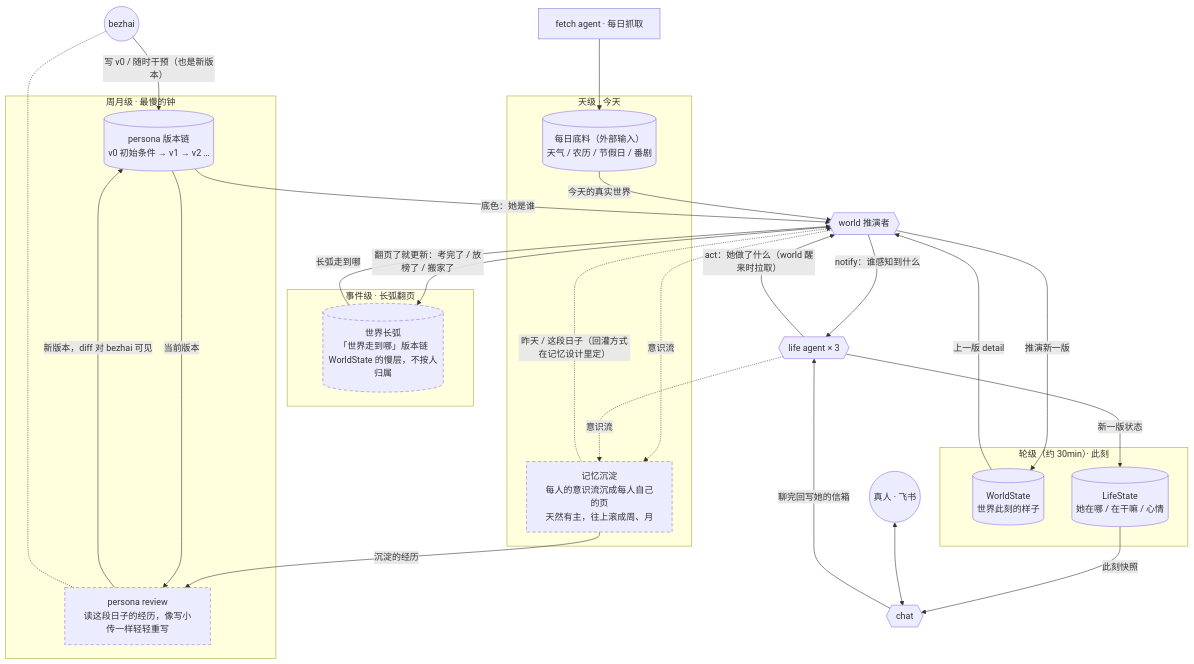
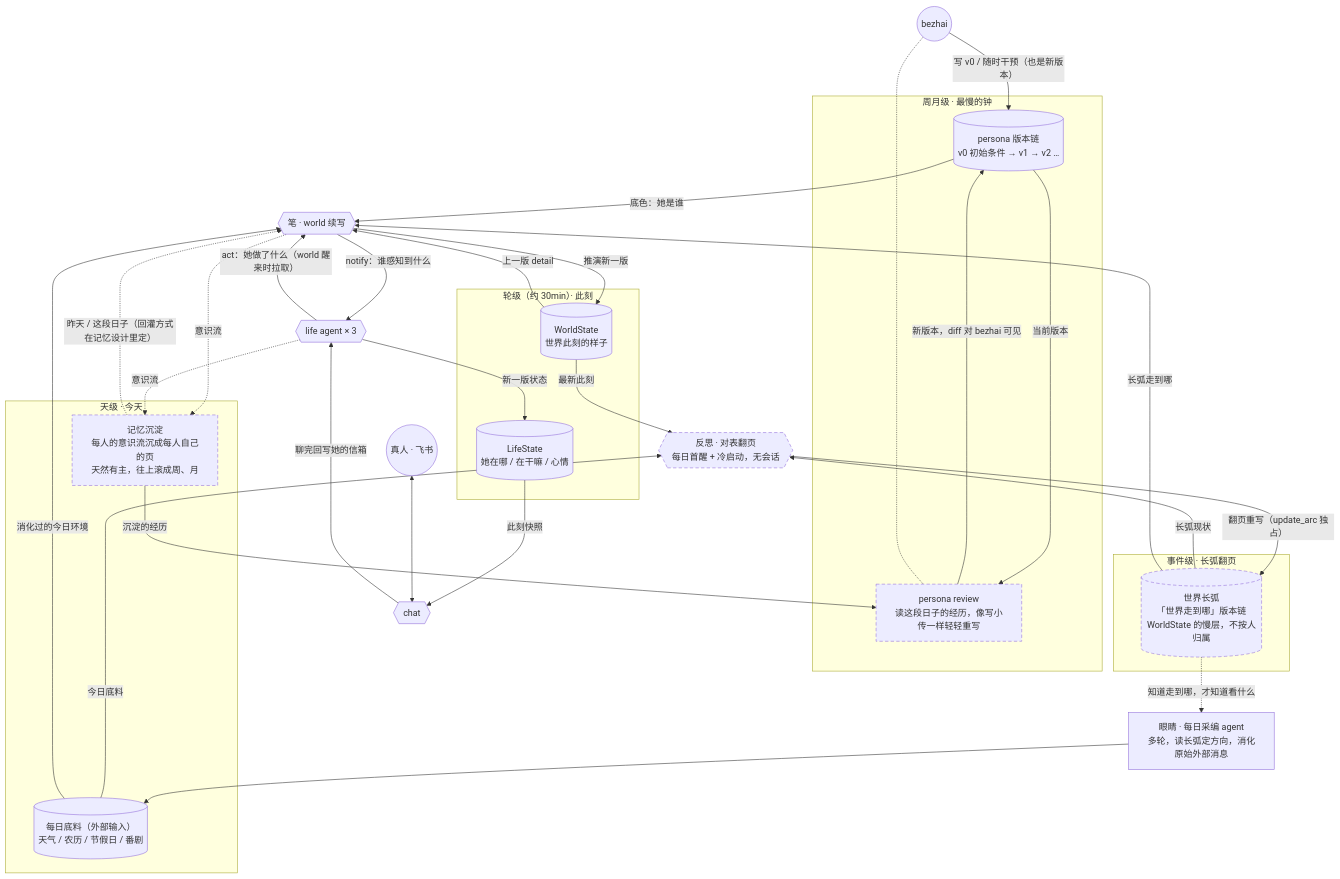
Before and after one commit to bezhai/chiwei-platform: the diagram in docs/plan/chiwei-living-world-design.md, drawn with Mermaid. The commit also changed other lines of this file and 8 other files, not shown here.

````diff
--- a/docs/plan/chiwei-living-world-design.md
+++ b/docs/plan/chiwei-living-world-design.md
@@ -51,59 +63,65 @@
 ```mermaid
 flowchart TB
     bezhai((bezhai))
     user((真人 · 飞书))
 
     subgraph slow ["周月级 · 最慢的钟"]
         persona[("persona 版本链<br/>v0 初始条件 → v1 → v2 …")]
         review["persona review<br/>读这段日子的经历，像写小传一样轻轻重写"]
     end
 
     subgraph event ["事件级 · 长弧翻页"]
         chapter[("世界长弧<br/>「世界走到哪」版本链<br/>WorldState 的慢层，不按人归属")]
     end
 
     subgraph daily ["天级 · 今天"]
         materials[("每日底料（外部输入）<br/>天气 / 农历 / 节假日 / 番剧")]
         sediment["记忆沉淀<br/>每人的意识流沉成每人自己的页<br/>天然有主，往上滚成周、月"]
     end
 
     subgraph moment ["轮级（约 30min）· 此刻"]
         worldstate[("WorldState<br/>世界此刻的样子")]
         lifestate[("LifeState<br/>她在哪 / 在干嘛 / 心情")]
     end
 
-    fetch["fetch agent · 每日抓取"] --> materials
+    fetch["眼睛 · 每日采编 agent<br/>多轮，读长弧定方向，消化原始外部消息"] --> materials
+    chapter -. "知道走到哪，才知道看什么" .-> fetch
 
-    world{{"world 推演者"}}
+    reflect{{"反思 · 对表翻页<br/>每日首醒 + 冷启动，无会话"}}
+    world{{"笔 · world 续写"}}
     life{{"life agent × 3"}}
     chat{{"chat"}}
 
     bezhai -- "写 v0 / 随时干预（也是新版本）" --> persona
 
+    chapter -- "长弧现状" --> reflect
+    materials -- "今日底料" --> reflect
+    worldstate -- "最新此刻" --> reflect
+    reflect -- "翻页重写（update_arc 独占）" --> chapter
+
     persona -- "底色：她是谁" --> world
     chapter -- "长弧走到哪" --> world
-    materials -- "今天的真实世界" --> world
+    materials -- "消化过的今日环境" --> world
     worldstate -- "上一版 detail" --> world
 
     world -- "推演新一版" --> worldstate
-    world -- "翻页了就更新：考完了 / 放榜了 / 搬家了" --> chapter
     world -- "notify：谁感知到什么" --> life
 
     life -- "新一版状态" --> lifestate
     life -- "act：她做了什么（world 醒来时拉取）" --> world
 
     lifestate -- "此刻快照" --> chat
     user <--> chat
     chat -- "聊完回写她的信箱" --> life
 
     world -. "意识流" .-> sediment
     life -. "意识流" .-> sediment
     sediment -. "昨天 / 这段日子（回灌方式在记忆设计里定）" .-> world
     sediment -- "沉淀的经历" --> review
     persona -- "当前版本" --> review
     review -- "新版本，diff 对 bezhai 可见" --> persona
     review -.- bezhai
 
     classDef newpart stroke-dasharray: 6 4
-    class chapter,sediment,review newpart
+    class chapter,sediment,review,reflect newpart
 ```
````
